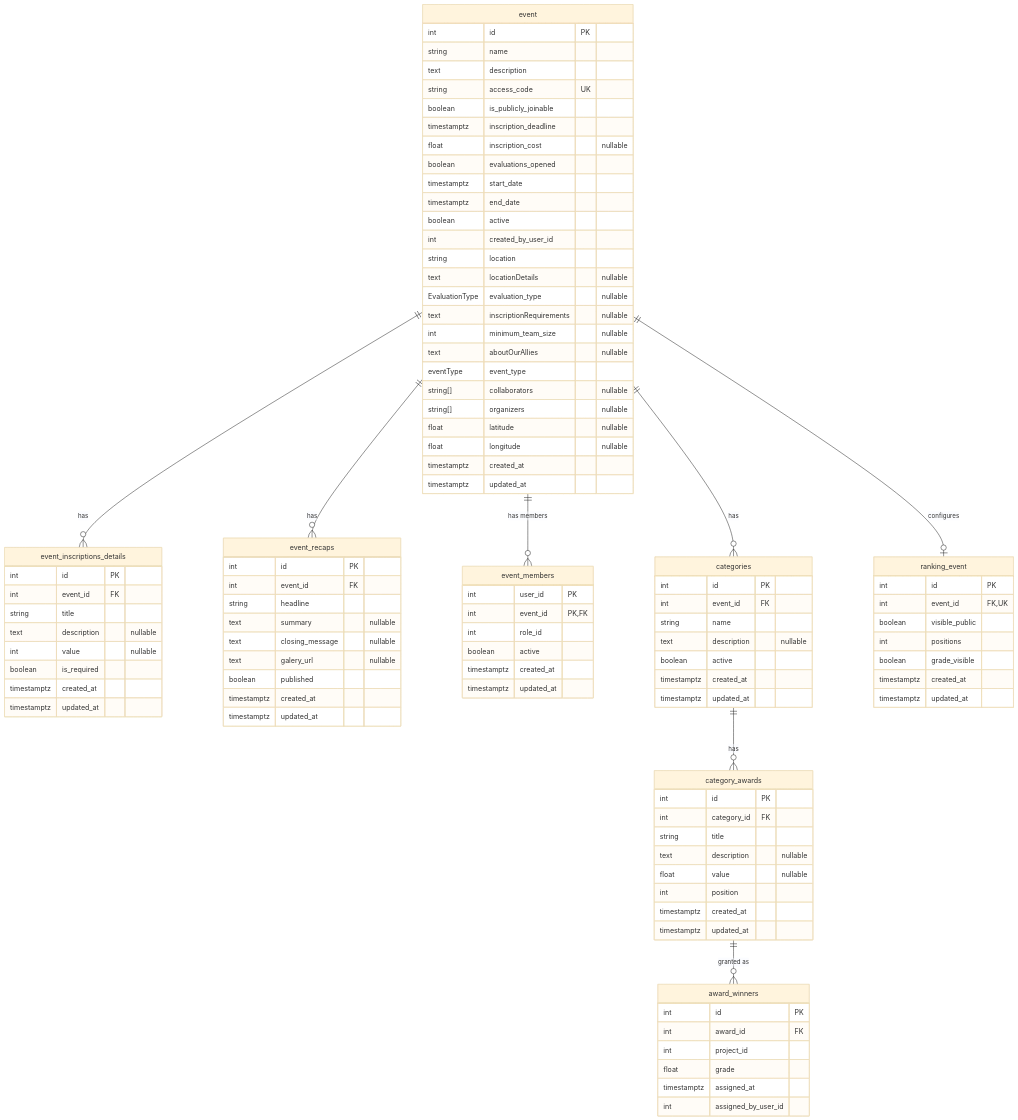
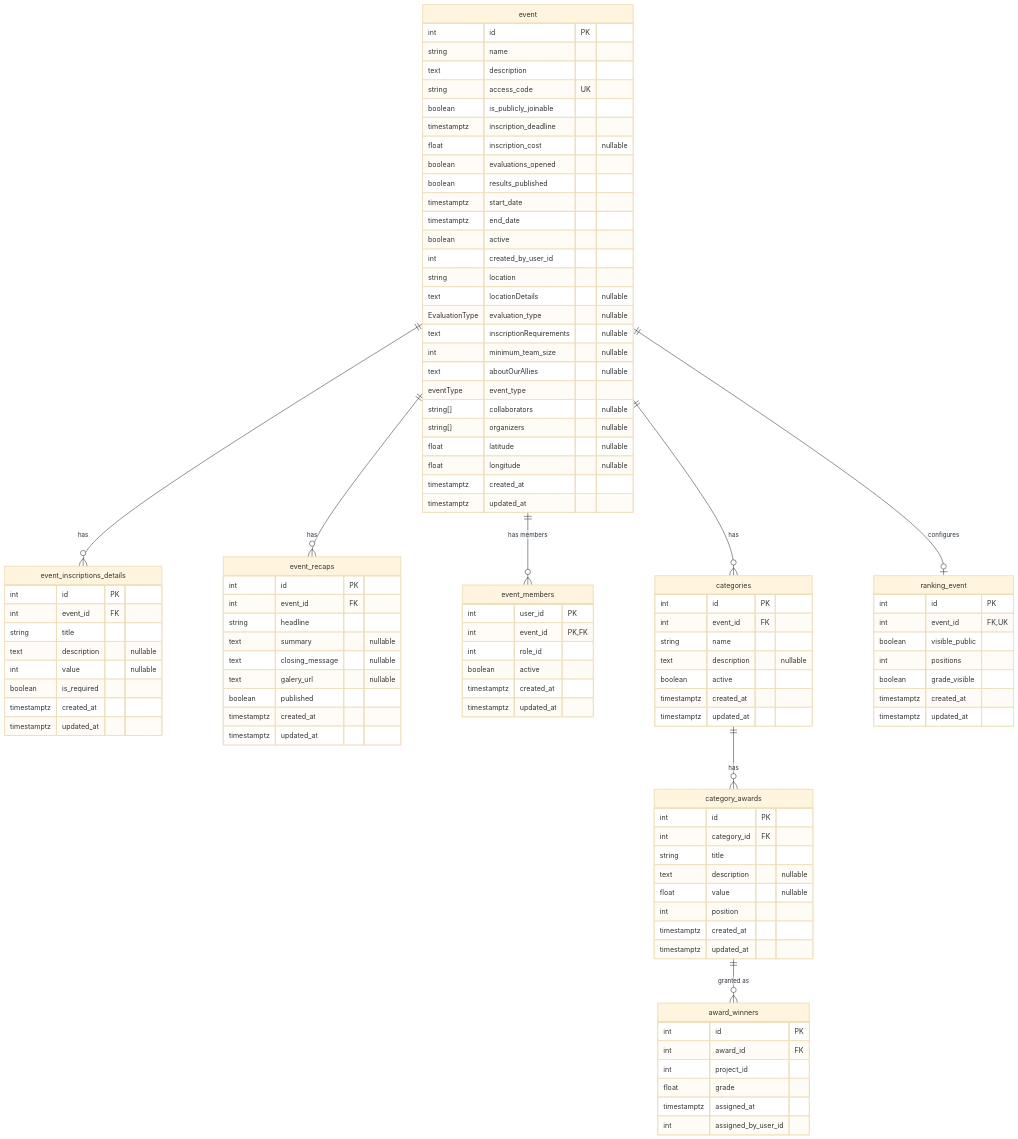
Before and after one commit to PCPI-UN/Iris: the diagram in docs/event-service/schema.md, drawn with Mermaid (base theme). The commit also changed other lines of this file and 2 other files, not shown here.

Commit message:
[CU-86e3wzr66]: add results_published to event so the admin decides when participants see their scores and awards

```diff
--- a/docs/event-service/schema.md
+++ b/docs/event-service/schema.md
@@ -17,6 +17,7 @@
         timestamptz inscription_deadline
         float inscription_cost "nullable"
         boolean evaluations_opened
+        boolean results_published
         timestamptz start_date
         timestamptz end_date
         boolean active
```
